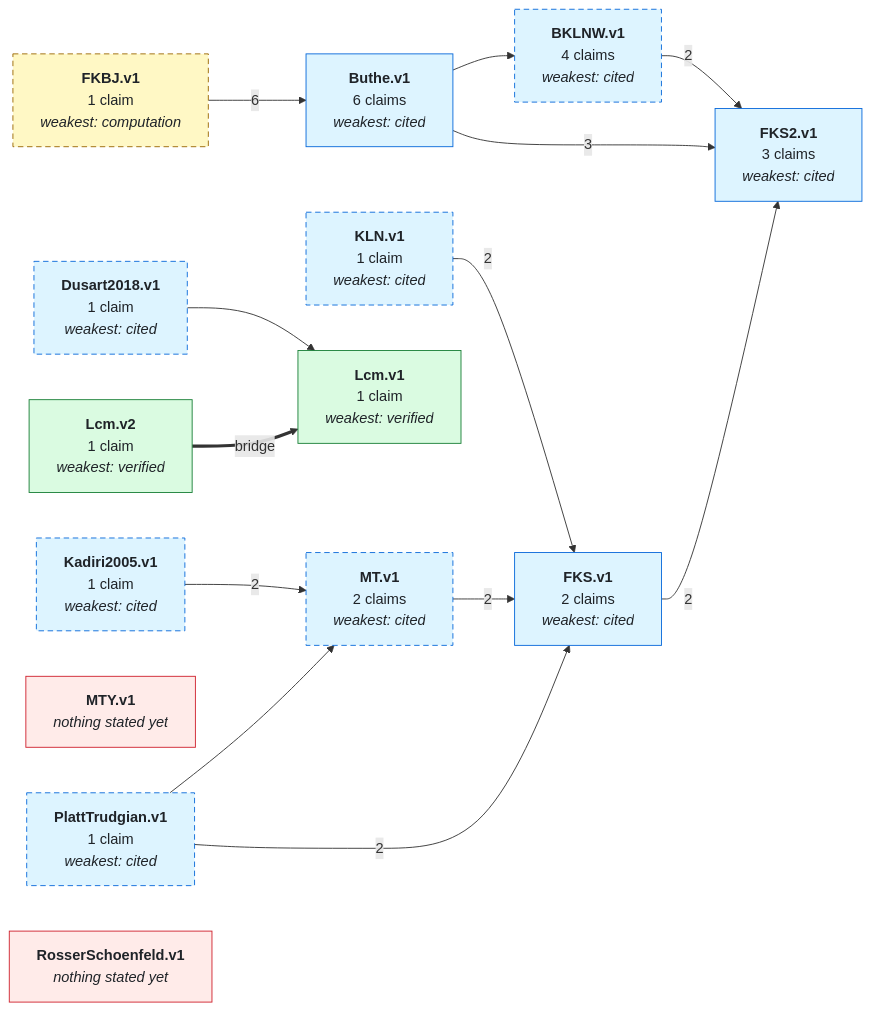
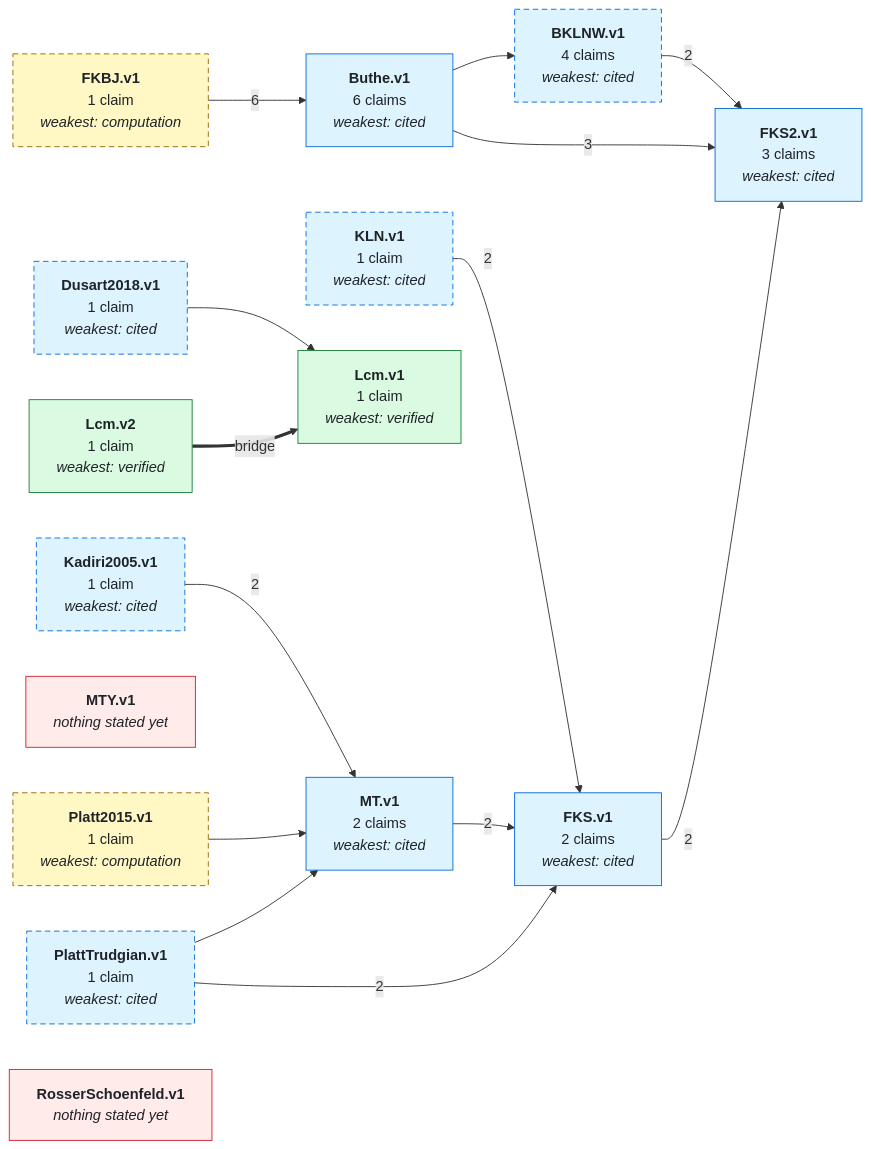
The first of 2 diagrams in GRAPH.md (teorth/IEANTN), drawn with Mermaid before and after one commit. The commit also changed other lines of this file and 13 other files, not shown here.

````diff
--- a/GRAPH.md
+++ b/GRAPH.md
@@ -38,58 +38,61 @@
 ```mermaid
 graph LR
   NBKLNW_v1["<b>BKLNW.v1</b><br/>4 claims<br/><i>weakest: cited</i>"]
   NButhe_v1["<b>Buthe.v1</b><br/>6 claims<br/><i>weakest: cited</i>"]
   NDusart2018_v1["<b>Dusart2018.v1</b><br/>1 claim<br/><i>weakest: cited</i>"]
   NFKBJ_v1["<b>FKBJ.v1</b><br/>1 claim<br/><i>weakest: computation</i>"]
   NFKS_v1["<b>FKS.v1</b><br/>2 claims<br/><i>weakest: cited</i>"]
   NFKS2_v1["<b>FKS2.v1</b><br/>3 claims<br/><i>weakest: cited</i>"]
   NKLN_v1["<b>KLN.v1</b><br/>1 claim<br/><i>weakest: cited</i>"]
   NKadiri2005_v1["<b>Kadiri2005.v1</b><br/>1 claim<br/><i>weakest: cited</i>"]
   NLcm_v1["<b>Lcm.v1</b><br/>1 claim<br/><i>weakest: verified</i>"]
   NLcm_v2["<b>Lcm.v2</b><br/>1 claim<br/><i>weakest: verified</i>"]
   NMT_v1["<b>MT.v1</b><br/>2 claims<br/><i>weakest: cited</i>"]
   NMTY_v1["<b>MTY.v1</b><br/><i>nothing stated yet</i>"]
+  NPlatt2015_v1["<b>Platt2015.v1</b><br/>1 claim<br/><i>weakest: computation</i>"]
   NPlattTrudgian_v1["<b>PlattTrudgian.v1</b><br/>1 claim<br/><i>weakest: cited</i>"]
   NRosserSchoenfeld_v1["<b>RosserSchoenfeld.v1</b><br/><i>nothing stated yet</i>"]
   NBKLNW_v1 -->|2| NFKS2_v1
   NButhe_v1 --> NBKLNW_v1
   NButhe_v1 -->|3| NFKS2_v1
   NDusart2018_v1 --> NLcm_v1
   NFKBJ_v1 -->|6| NButhe_v1
   NFKS_v1 -->|2| NFKS2_v1
   NKLN_v1 -->|2| NFKS_v1
   NKadiri2005_v1 -->|2| NMT_v1
   NMT_v1 -->|2| NFKS_v1
+  NPlatt2015_v1 --> NMT_v1
   NPlattTrudgian_v1 -->|2| NFKS_v1
   NPlattTrudgian_v1 --> NMT_v1
   NLcm_v2 ==>|bridge| NLcm_v1
   style NBKLNW_v1 stroke-dasharray: 6 4;
   style NDusart2018_v1 stroke-dasharray: 6 4;
   style NFKBJ_v1 stroke-dasharray: 6 4;
   style NKLN_v1 stroke-dasharray: 6 4;
   style NKadiri2005_v1 stroke-dasharray: 6 4;
-  style NMT_v1 stroke-dasharray: 6 4;
+  style NPlatt2015_v1 stroke-dasharray: 6 4;
   style NPlattTrudgian_v1 stroke-dasharray: 6 4;
   class NMTY_v1,NRosserSchoenfeld_v1 none_yet;
   class NBKLNW_v1,NButhe_v1,NDusart2018_v1,NFKS_v1,NFKS2_v1,NKLN_v1,NKadiri2005_v1,NMT_v1,NPlattTrudgian_v1 literature;
-  class NFKBJ_v1 numerical;
+  class NFKBJ_v1,NPlatt2015_v1 numerical;
   class NLcm_v1,NLcm_v2 lean_comparator;
   click NBKLNW_v1 href "https://github.com/teorth/IEANTN/blob/main/IEANTN/Nodes/BKLNW/v1/Conclusions.lean#L63" _blank
   click NButhe_v1 href "https://github.com/teorth/IEANTN/blob/main/IEANTN/Nodes/Buthe/v1/Conclusions.lean#L73" _blank
   click NDusart2018_v1 href "https://github.com/teorth/IEANTN/blob/main/IEANTN/Nodes/Dusart2018/v1/Conclusions.lean#L36" _blank
   click NFKBJ_v1 href "https://github.com/teorth/IEANTN/blob/main/IEANTN/Nodes/FKBJ/v1/Conclusions.lean#L43" _blank
   click NFKS_v1 href "https://github.com/teorth/IEANTN/blob/main/IEANTN/Nodes/FKS/v1/Conclusions.lean#L44" _blank
   click NFKS2_v1 href "https://github.com/teorth/IEANTN/blob/main/IEANTN/Nodes/FKS2/v1/Conclusions.lean#L65" _blank
   click NKLN_v1 href "https://github.com/teorth/IEANTN/blob/main/IEANTN/Nodes/KLN/v1/Conclusions.lean#L65" _blank
-  click NKadiri2005_v1 href "https://github.com/teorth/IEANTN/blob/main/IEANTN/Nodes/Kadiri2005/v1/Conclusions.lean#L42" _blank
+  click NKadiri2005_v1 href "https://github.com/teorth/IEANTN/blob/main/IEANTN/Nodes/Kadiri2005/v1/Conclusions.lean#L39" _blank
   click NLcm_v1 href "https://github.com/teorth/IEANTN/blob/main/IEANTN/Nodes/Lcm/v1/Conclusions.lean#L42" _blank
   click NLcm_v2 href "https://github.com/teorth/IEANTN/blob/main/IEANTN/Nodes/Lcm/v2/Conclusions.lean#L71" _blank
-  click NMT_v1 href "https://github.com/teorth/IEANTN/blob/main/IEANTN/Nodes/MT/v1/Conclusions.lean#L33" _blank
+  click NMT_v1 href "https://github.com/teorth/IEANTN/blob/main/IEANTN/Nodes/MT/v1/Conclusions.lean#L39" _blank
+  click NPlatt2015_v1 href "https://github.com/teorth/IEANTN/blob/main/IEANTN/Nodes/Platt2015/v1/Conclusions.lean#L33" _blank
   click NPlattTrudgian_v1 href "https://github.com/teorth/IEANTN/blob/main/IEANTN/Nodes/PlattTrudgian/v1/Conclusions.lean#L35" _blank
   classDef lean_comparator fill:#dafbe1,stroke:#1a7f37,color:#1f2328;
   classDef numerical fill:#fff8c5,stroke:#9a6700,color:#1f2328;
   classDef literature fill:#ddf4ff,stroke:#0969da,color:#1f2328;
   classDef asserted fill:#fff1e5,stroke:#bc4c00,color:#1f2328;
   classDef bridged fill:#fbefff,stroke:#8250df,color:#1f2328;
   classDef none_yet fill:#ffebe9,stroke:#cf222e,color:#1f2328;
 ```
````
